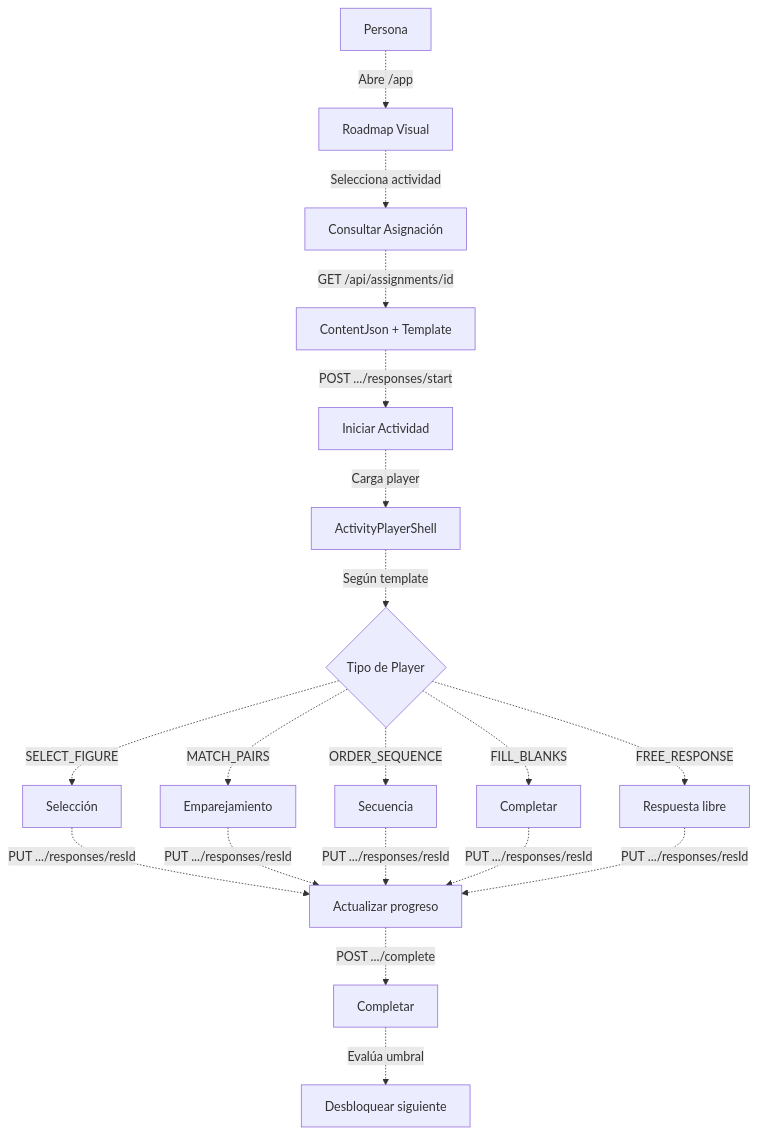
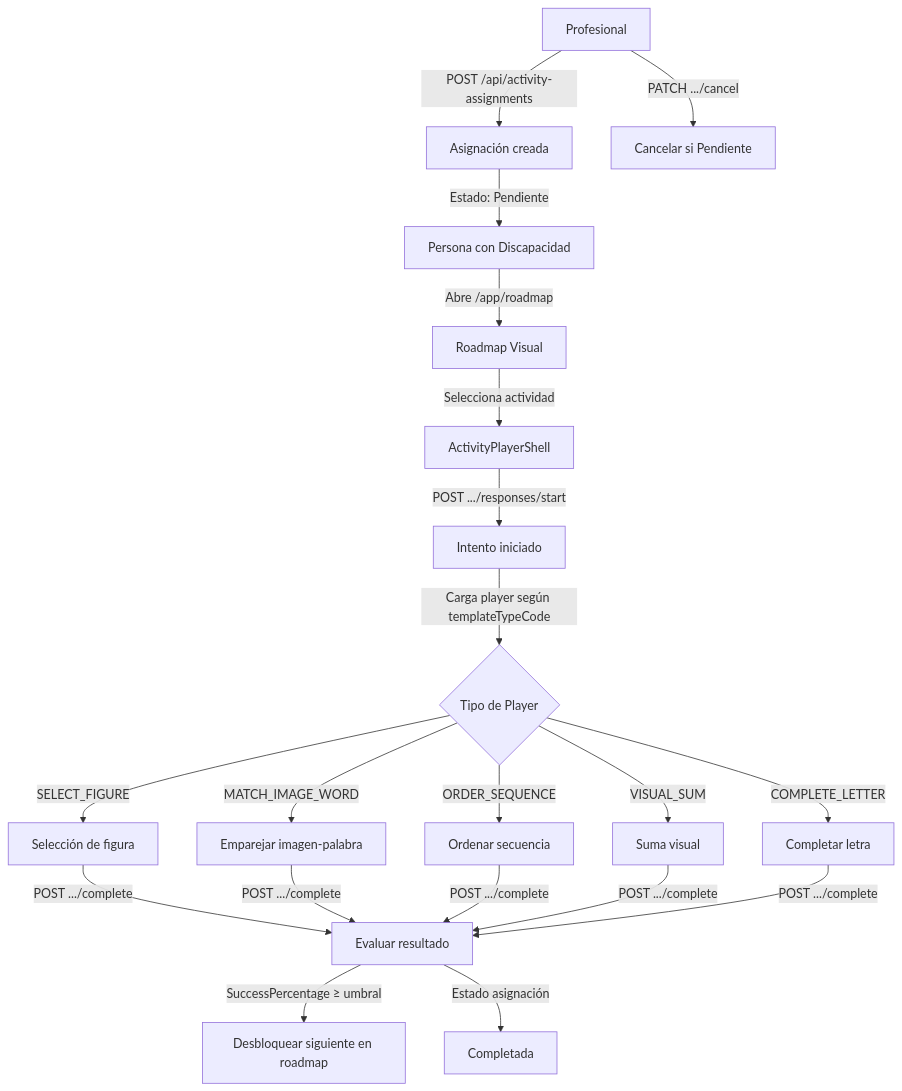
The second of 2 diagrams in Process/12-resolucion-actividades.md (Sacha-html/InclusiON), drawn with Mermaid before and after one commit. The commit also changed other lines of this file and 9 other files, not shown here.

````diff
--- a/Process/12-resolucion-actividades.md
+++ b/Process/12-resolucion-actividades.md
@@ -48,21 +81,22 @@
 ```mermaid
 flowchart TD
-    PCD[Persona] -.->|Abre /app| ROAD[Roadmap Visual]
-    ROAD -.->|Selecciona actividad| ASIG[Consultar Asignación]
-    ASIG -.->|GET /api/assignments/id| DATOS[ContentJson + Template]
+    PROF[Profesional] -->|POST /api/activity-assignments| ASIG[Asignación creada]
+    ASIG -->|Estado: Pendiente| PCD[Persona con Discapacidad]
 
-    DATOS -.->|POST .../responses/start| START[Iniciar Actividad]
-    START -.->|Carga player| SHELL[ActivityPlayerShell]
+    PCD -->|Abre /app/roadmap| ROAD[Roadmap Visual]
+    ROAD -->|Selecciona actividad| SHELL[ActivityPlayerShell]
+    SHELL -->|POST .../responses/start| START[Intento iniciado]
+    START -->|Carga player según templateTypeCode| PLAYER{Tipo de Player}
 
-    SHELL -.->|Según template| PLAYER{Tipo de Player}
-    PLAYER -.->|SELECT_FIGURE| P1[Selección]
-    PLAYER -.->|MATCH_PAIRS| P2[Emparejamiento]
-    PLAYER -.->|ORDER_SEQUENCE| P3[Secuencia]
-    PLAYER -.->|FILL_BLANKS| P4[Completar]
-    PLAYER -.->|FREE_RESPONSE| P5[Respuesta libre]
+    PLAYER -->|SELECT_FIGURE| P1[Selección de figura]
+    PLAYER -->|MATCH_IMAGE_WORD| P2[Emparejar imagen-palabra]
+    PLAYER -->|ORDER_SEQUENCE| P3[Ordenar secuencia]
+    PLAYER -->|VISUAL_SUM| P4[Suma visual]
+    PLAYER -->|COMPLETE_LETTER| P5[Completar letra]
 
-    P1 & P2 & P3 & P4 & P5 -.->|PUT .../responses/resId| UPDATE[Actualizar progreso]
-    UPDATE -.->|POST .../complete| COMPLETE[Completar]
-    COMPLETE -.->|Evalúa umbral| UNLOCK[Desbloquear siguiente]
+    P1 & P2 & P3 & P4 & P5 -->|POST .../complete| COMPLETE[Evaluar resultado]
+    COMPLETE -->|SuccessPercentage ≥ umbral| UNLOCK[Desbloquear siguiente en roadmap]
+    COMPLETE -->|Estado asignación| COMP_STATE[Completada]
 
+    PROF -->|PATCH .../cancel| CANCEL[Cancelar si Pendiente]
 ```
````
